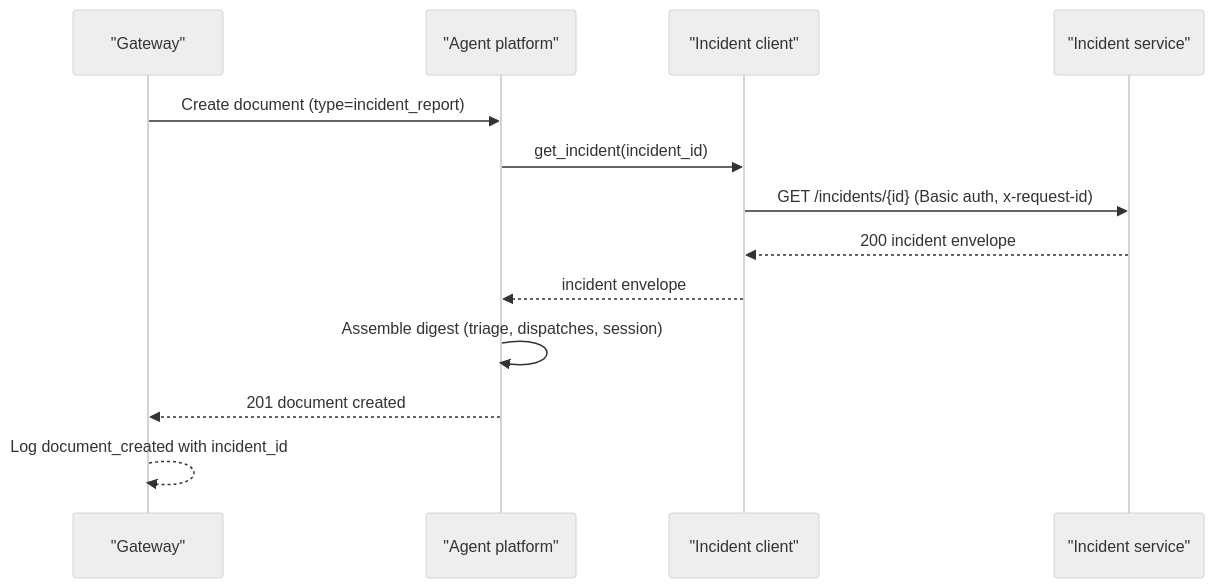
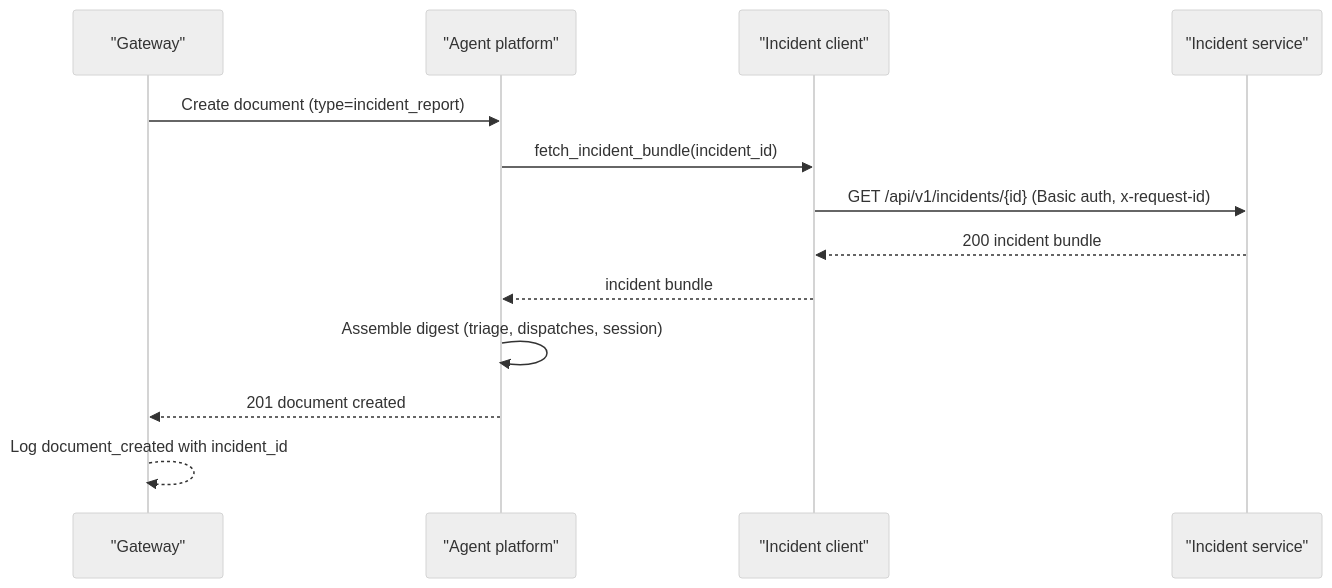
The fourth of 6 diagrams in .qoder/repowiki/en/content/Architecture Documentation/SPEC-043_ Incident Report Document Type.md (metasync/luban-aiops), drawn with Mermaid (neutral theme) before and after one commit. The commit also changed other lines of this file and 72 other files, not shown here.

````diff
--- a/.qoder/repowiki/en/content/Architecture Documentation/SPEC-043_ Incident Report Document Type.md
+++ b/.qoder/repowiki/en/content/Architecture Documentation/SPEC-043_ Incident Report Document Type.md
@@ -197,15 +212,15 @@
 ```mermaid
 sequenceDiagram
 participant GW as "Gateway"
 participant AP as "Agent platform"
 participant IC as "Incident client"
 participant IS as "Incident service"
 GW->>AP : Create document (type=incident_report)
-AP->>IC : get_incident(incident_id)
-IC->>IS : GET /incidents/{id} (Basic auth, x-request-id)
-IS-->>IC : 200 incident envelope
-IC-->>AP : incident envelope
+AP->>IC : fetch_incident_bundle(incident_id)
+IC->>IS : GET /api/v1/incidents/{id} (Basic auth, x-request-id)
+IS-->>IC : 200 incident bundle
+IC-->>AP : incident bundle
 AP->>AP : Assemble digest (triage, dispatches, session)
 AP-->>GW : 201 document created
 GW-->>GW : Log document_created with incident_id
 ```
````
